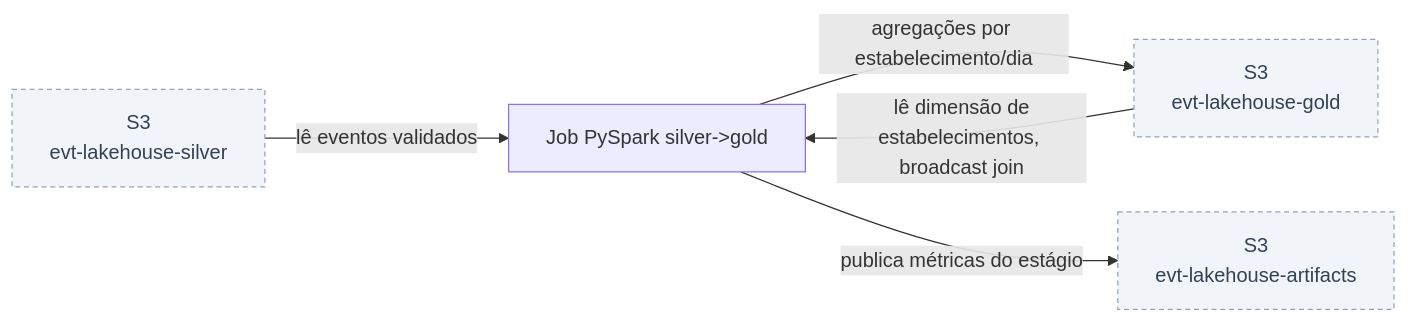
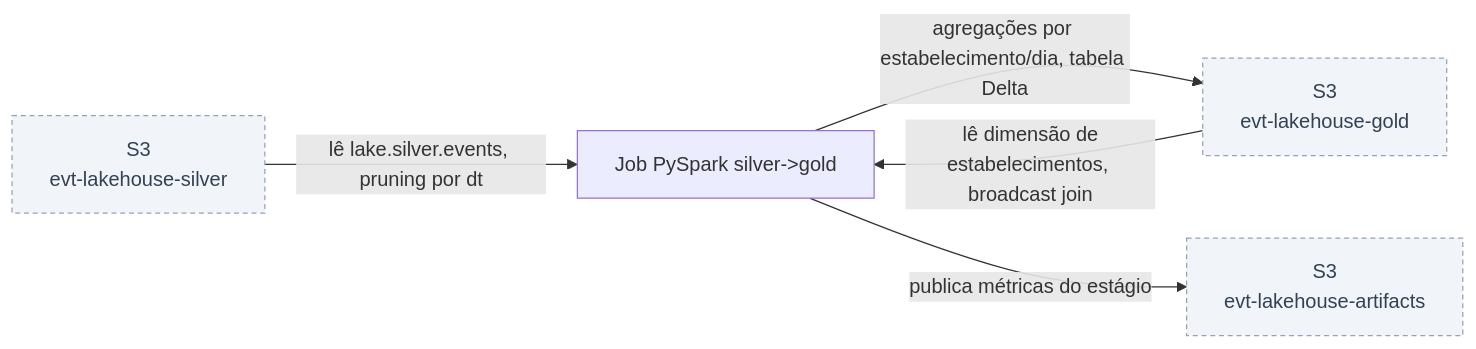
Before and after one commit to carlosr-data2/lakehouse-de-eventos-de-pagamento-com-contrato-de-dados: the sixth of 8 diagrams in docs/ARQUITETURA.md, drawn with Mermaid. The commit also changed other lines of this file and 18 other files, not shown here.

First line of the commit message:
Open Table Formats: silver em Iceberg, gold em Delta (ADR-010)

````diff
--- a/docs/ARQUITETURA.md
+++ b/docs/ARQUITETURA.md
@@ -207,14 +207,14 @@
 ```mermaid
 flowchart LR
     silver["S3<br/>evt-lakehouse-silver"]
     artifacts["S3<br/>evt-lakehouse-artifacts"]
     job2["Job PySpark silver->gold"]
     gold["S3<br/>evt-lakehouse-gold"]
-    silver -->|lê eventos validados| job2
+    silver -->|lê lake.silver.events, pruning por dt| job2
     gold -->|lê dimensão de<br/>estabelecimentos, broadcast join| job2
-    job2 -->|agregações por estabelecimento/dia| gold
+    job2 -->|agregações por estabelecimento/dia, tabela Delta| gold
     job2 -->|publica métricas do estágio| artifacts
     classDef novo fill:#dbeafe,stroke:#1d4ed8,stroke-width:2px,color:#1e3a5f
     classDef existente fill:#f1f5f9,stroke:#94a3b8,stroke-width:1px,stroke-dasharray:4 3,color:#334155
     class silver,artifacts,gold existente
 ```
````
